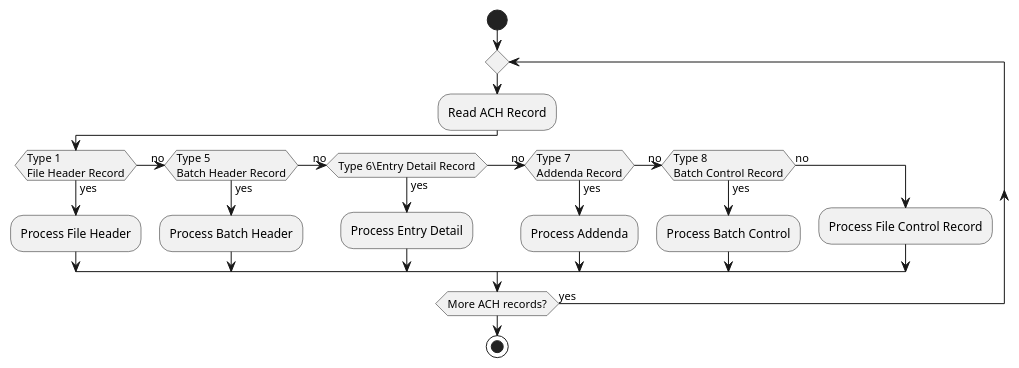
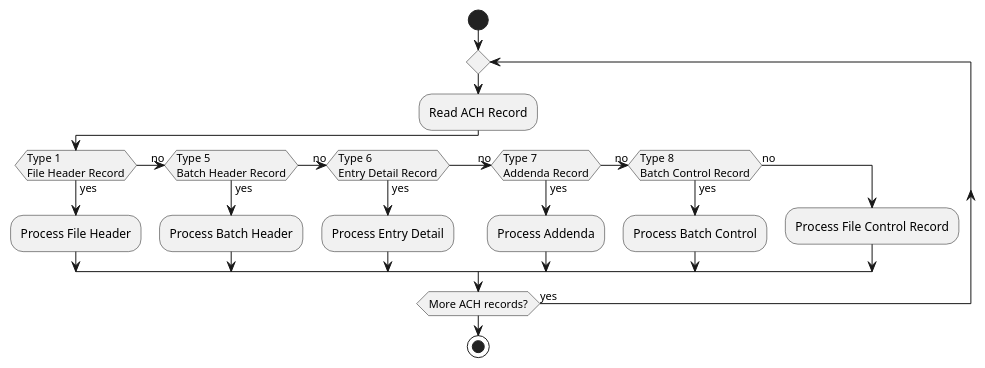
Before and after one commit to scttech/Build_Financial_Software: the diagram in chapter2/plantuml_diagrams/simple_ach_flow_chart.puml, drawn with PlantUML. The commit also changed 16 other files, not shown here.

```diff
--- a/chapter2/plantuml_diagrams/simple_ach_flow_chart.puml
+++ b/chapter2/plantuml_diagrams/simple_ach_flow_chart.puml
@@ -1,21 +1,21 @@
 @startuml
 skinparam ConditionEndStyle hline
 start
 repeat
     :Read ACH Record;
     if (Type 1\nFile Header Record) then (yes)
         :Process File Header;
         (no) elseif (Type 5\nBatch Header Record) then (yes)
         :Process Batch Header;
-        (no) elseif (Type 6\Entry Detail Record) then (yes)
+        (no) elseif (Type 6\nEntry Detail Record) then (yes)
         :Process Entry Detail;
         (no) elseif (Type 7\nAddenda Record) then (yes)
         :Process Addenda;
         (no) elseif (Type 8\nBatch Control Record) then (yes)
         :Process Batch Control;
     else (no)
         :Process File Control Record;
     endif
 repeat while (More ACH records?) is (yes)
 stop
 @enduml
```
